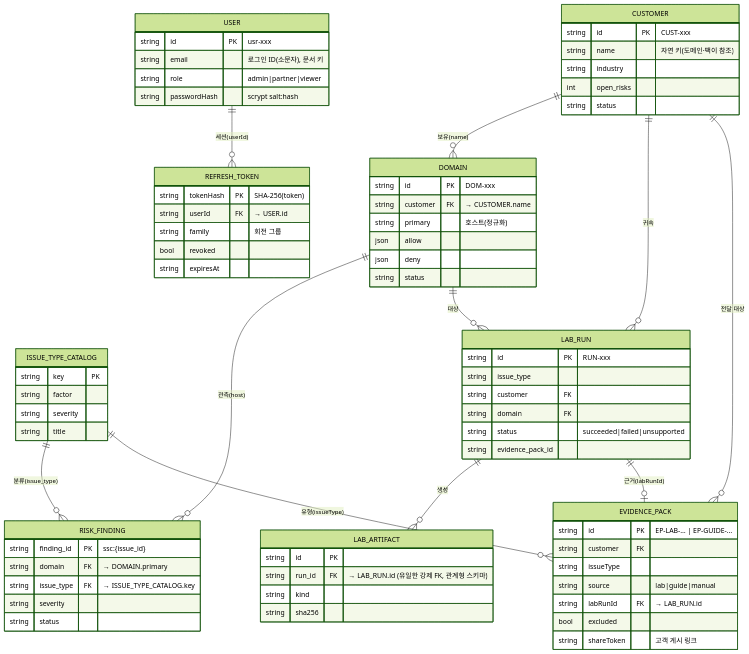
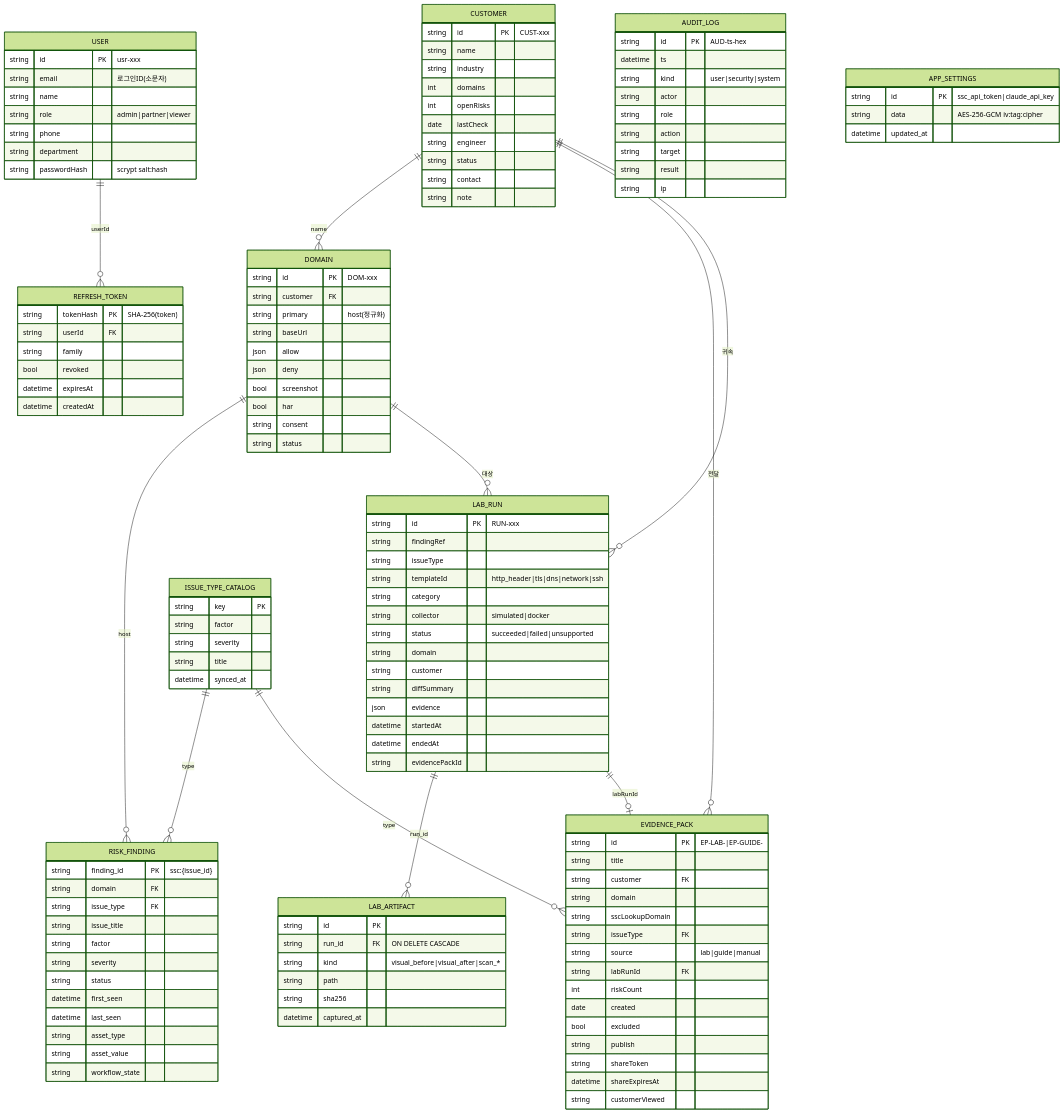
Before and after one commit to ttmalook/potal: the diagram in docs/DATABASE.md, drawn with Mermaid (forest theme). The commit also changed other lines of this file, not shown here.

Commit message:
docs(db): ERD를 전체 컬럼·타입 형식으로 강화
- erDiagram 각 엔티티에 모든 필드+타입+PK/FK 표기(테이블 박스형 ERD)
- AUDIT_LOG·APP_SETTINGS 엔티티 추가, 관계 라벨을 자연 키 기준으로 정리
- 브라우저 mermaid 렌더 검증 완료

````diff
--- a/docs/DATABASE.md
+++ b/docs/DATABASE.md
@@ -35,78 +35,133 @@
 ```mermaid
 erDiagram
-  CUSTOMER ||--o{ DOMAIN : "보유(name)"
-  DOMAIN ||--o{ RISK_FINDING : "관측(host)"
-  ISSUE_TYPE_CATALOG ||--o{ RISK_FINDING : "분류(issue_type)"
+  CUSTOMER ||--o{ DOMAIN : "name"
+  CUSTOMER ||--o{ EVIDENCE_PACK : "전달"
+  CUSTOMER ||--o{ LAB_RUN : "귀속"
+  DOMAIN ||--o{ RISK_FINDING : "host"
   DOMAIN ||--o{ LAB_RUN : "대상"
-  CUSTOMER ||--o{ LAB_RUN : "귀속"
-  LAB_RUN ||--o{ LAB_ARTIFACT : "생성"
-  LAB_RUN ||--o| EVIDENCE_PACK : "근거(labRunId)"
-  CUSTOMER ||--o{ EVIDENCE_PACK : "전달 대상"
-  ISSUE_TYPE_CATALOG ||--o{ EVIDENCE_PACK : "유형(issueType)"
-  USER ||--o{ REFRESH_TOKEN : "세션(userId)"
+  ISSUE_TYPE_CATALOG ||--o{ RISK_FINDING : "type"
+  ISSUE_TYPE_CATALOG ||--o{ EVIDENCE_PACK : "type"
+  LAB_RUN ||--o{ LAB_ARTIFACT : "run_id"
+  LAB_RUN ||--o| EVIDENCE_PACK : "labRunId"
+  USER ||--o{ REFRESH_TOKEN : "userId"
 
   CUSTOMER {
     string id PK "CUST-xxx"
-    string name "자연 키(도메인·팩이 참조)"
+    string name
     string industry
-    int    open_risks
+    int    domains
+    int    openRisks
+    date   lastCheck
+    string engineer
     string status
+    string contact
+    string note
   }
   DOMAIN {
     string id PK "DOM-xxx"
-    string customer FK "→ CUSTOMER.name"
-    string primary "호스트(정규화)"
+    string customer FK
+    string primary "host(정규화)"
+    string baseUrl
     json   allow
     json   deny
+    bool   screenshot
+    bool   har
+    string consent
     string status
   }
   RISK_FINDING {
     string finding_id PK "ssc:{issue_id}"
-    string domain FK "→ DOMAIN.primary"
-    string issue_type FK "→ ISSUE_TYPE_CATALOG.key"
+    string domain FK
+    string issue_type FK
+    string issue_title
+    string factor
     string severity
     string status
+    datetime first_seen
+    datetime last_seen
+    string asset_type
+    string asset_value
+    string workflow_state
   }
   ISSUE_TYPE_CATALOG {
     string key PK
     string factor
     string severity
     string title
+    datetime synced_at
   }
   LAB_RUN {
     string id PK "RUN-xxx"
-    string issue_type
-    string customer FK
-    string domain FK
+    string findingRef
+    string issueType
+    string templateId "http_header|tls|dns|network|ssh"
+    string category
+    string collector "simulated|docker"
     string status "succeeded|failed|unsupported"
-    string evidence_pack_id
+    string domain
+    string customer
+    string diffSummary
+    json   evidence
+    datetime startedAt
+    datetime endedAt
+    string evidencePackId
   }
   LAB_ARTIFACT {
     string id PK
-    string run_id FK "→ LAB_RUN.id (유일한 강제 FK, 관계형 스키마)"
-    string kind
+    string run_id FK "ON DELETE CASCADE"
+    string kind "visual_before|visual_after|scan_*"
+    string path
     string sha256
+    datetime captured_at
   }
   EVIDENCE_PACK {
-    string id PK "EP-LAB-… | EP-GUIDE-…"
+    string id PK "EP-LAB-|EP-GUIDE-"
+    string title
     string customer FK
-    string issueType
+    string domain
+    string sscLookupDomain
+    string issueType FK
     string source "lab|guide|manual"
-    string labRunId FK "→ LAB_RUN.id"
+    string labRunId FK
+    int    riskCount
+    date   created
     bool   excluded
-    string shareToken "고객 게시 링크"
+    string publish
+    string shareToken
+    datetime shareExpiresAt
+    string customerViewed
   }
   USER {
     string id PK "usr-xxx"
-    string email "로그인 ID(소문자), 문서 키"
+    string email "로그인ID(소문자)"
+    string name
     string role "admin|partner|viewer"
+    string phone
+    string department
     string passwordHash "scrypt salt:hash"
   }
   REFRESH_TOKEN {
     string tokenHash PK "SHA-256(token)"
-    string userId FK "→ USER.id"
-    string family "회전 그룹"
+    string userId FK
+    string family
     bool   revoked
-    string expiresAt
+    datetime expiresAt
+    datetime createdAt
+  }
+  AUDIT_LOG {
+    string id PK "AUD-ts-hex"
+    datetime ts
+    string kind "user|security|system"
+    string actor
+    string role
+    string action
+    string target
+    string result
+    string ip
+  }
+  APP_SETTINGS {
+    string id PK "ssc_api_token|claude_api_key"
+    string data "AES-256-GCM iv:tag:cipher"
+    datetime updated_at
   }
 ```
````
